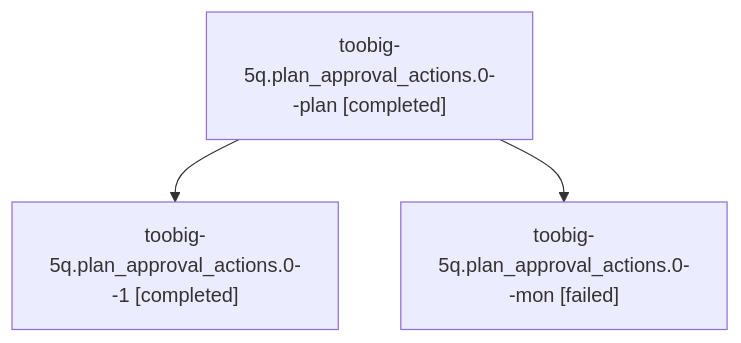
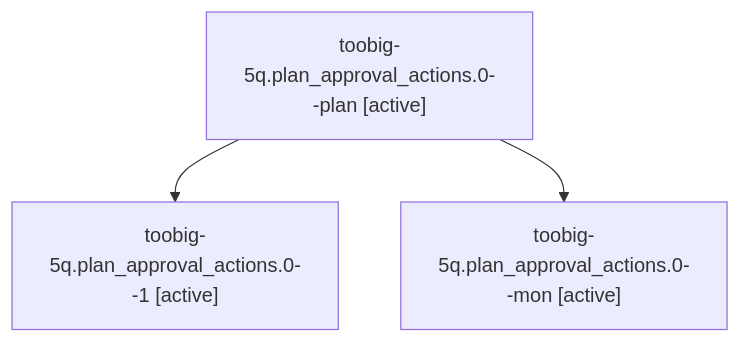
Before and after one commit to sase-org/sase--agents: the diagram in families/bbugyi200.athena.toobig-5q.plan_approval_actions.0.md, drawn with Mermaid. The commit also changed other lines of this file and 35830 other files, not shown here.

````diff
--- a/families/bbugyi200.athena.toobig-5q.plan_approval_actions.0.md
+++ b/families/bbugyi200.athena.toobig-5q.plan_approval_actions.0.md
@@ -9,8 +9,8 @@
 ```mermaid
 flowchart TD
-  n0["toobig-5q.plan_approval_actions.0--plan [completed]"]
-  n1["toobig-5q.plan_approval_actions.0--1 [completed]"]
+  n0["toobig-5q.plan_approval_actions.0--plan [active]"]
+  n1["toobig-5q.plan_approval_actions.0--1 [active]"]
   n0 --> n1
-  n2["toobig-5q.plan_approval_actions.0--mon [failed]"]
+  n2["toobig-5q.plan_approval_actions.0--mon [active]"]
   n0 --> n2
 ```
````
